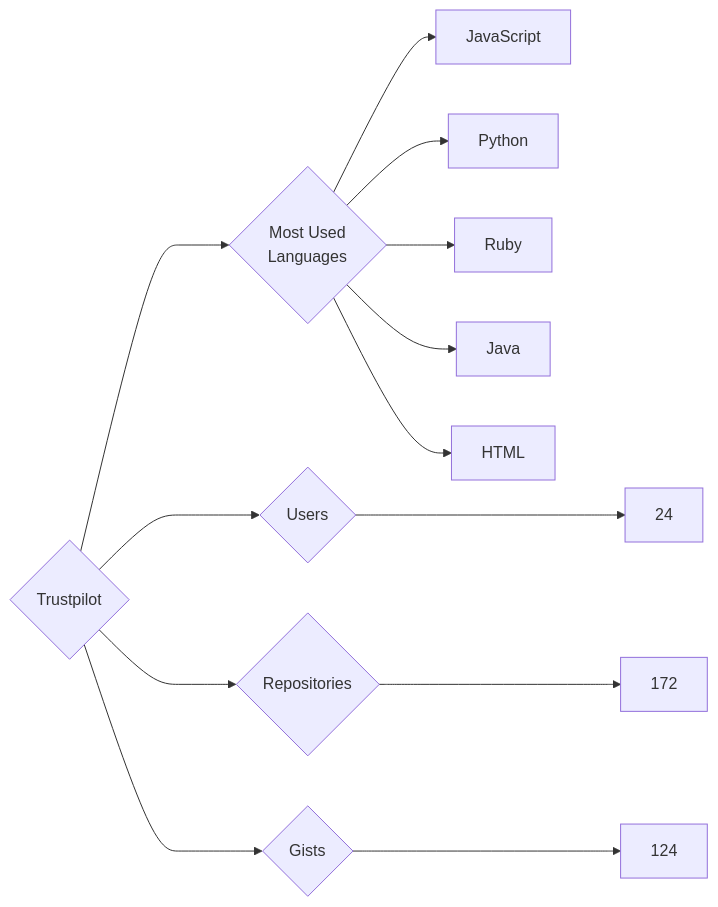
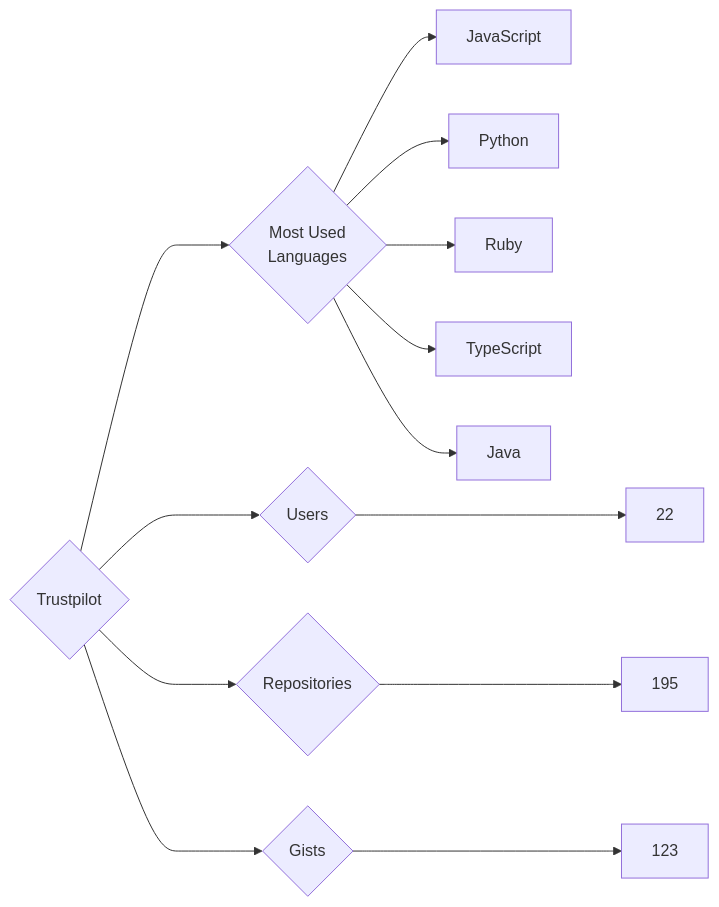
The diagram in targets/Trustpilot/README.md (trickest/insiders), drawn with Mermaid before and after one commit. The commit also changed 715 other files, not shown here.

````diff
--- a/targets/Trustpilot/README.md
+++ b/targets/Trustpilot/README.md
@@ -3,13 +3,13 @@
 ```mermaid
 graph LR
 COMPANY_NAME{Trustpilot}
-COMPANY_NAME ---> U{Users} ---> UN[24]
-COMPANY_NAME ---> R{Repositories} ---> RN[172]
-COMPANY_NAME ---> G{Gists} ---> GN[124]
+COMPANY_NAME ---> U{Users} ---> UN[22]
+COMPANY_NAME ---> R{Repositories} ---> RN[195]
+COMPANY_NAME ---> G{Gists} ---> GN[123]
 COMPANY_NAME ---> ML{Most Used<br>Languages}
 ML --> JavaScript[JavaScript]
 ML --> Python[Python]
 ML --> Ruby[Ruby]
+ML --> TypeScript[TypeScript]
 ML --> Java[Java]
-ML --> HTML[HTML]
 ```
````
